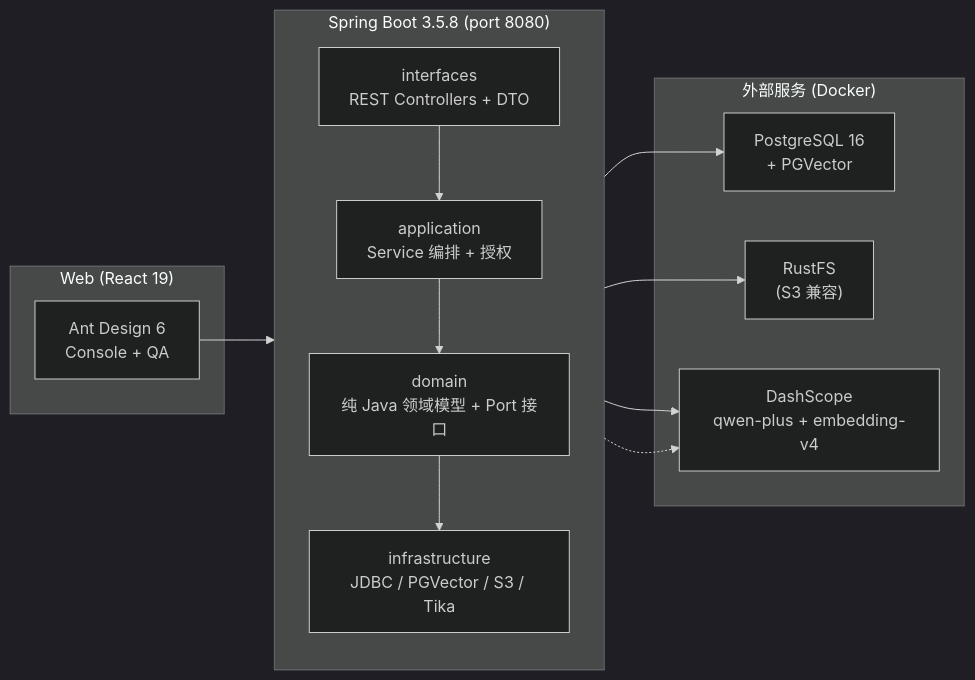
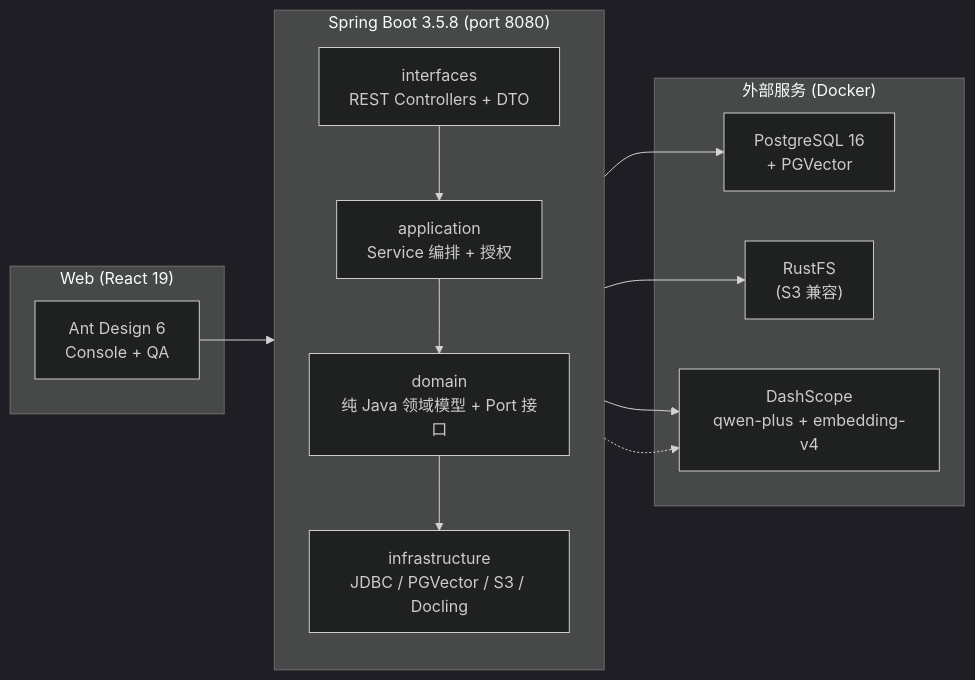
Before and after one commit to pop1414/my-AI: the diagram in README.md, drawn with Mermaid (dark theme). The commit also changed other lines of this file and 163 other files, not shown here.

````diff
--- a/README.md
+++ b/README.md
@@ -18,25 +18,25 @@
 ```mermaid
 graph LR
     subgraph 前端["Web (React 19)"]
         UI["Ant Design 6<br/>Console + QA"]
     end
 
     subgraph 后端["Spring Boot 3.5.8 (port 8080)"]
         direction TB
         I["interfaces<br/>REST Controllers + DTO"] --> A["application<br/>Service 编排 + 授权"]
         A --> D["domain<br/>纯 Java 领域模型 + Port 接口"]
-        D --> Infra["infrastructure<br/>JDBC / PGVector / S3 / Tika"]
+        D --> Infra["infrastructure<br/>JDBC / PGVector / S3 / Docling"]
     end
 
     subgraph 外部服务["外部服务 (Docker)"]
         PG["PostgreSQL 16<br/>+ PGVector"]
         S3["RustFS<br/>(S3 兼容)"]
         DashScope["DashScope<br/>qwen-plus + embedding-v4"]
     end
 
     UI --> I
     Infra --> PG
     Infra --> S3
     Infra --> DashScope
     A -.-> DashScope
 ```
````
